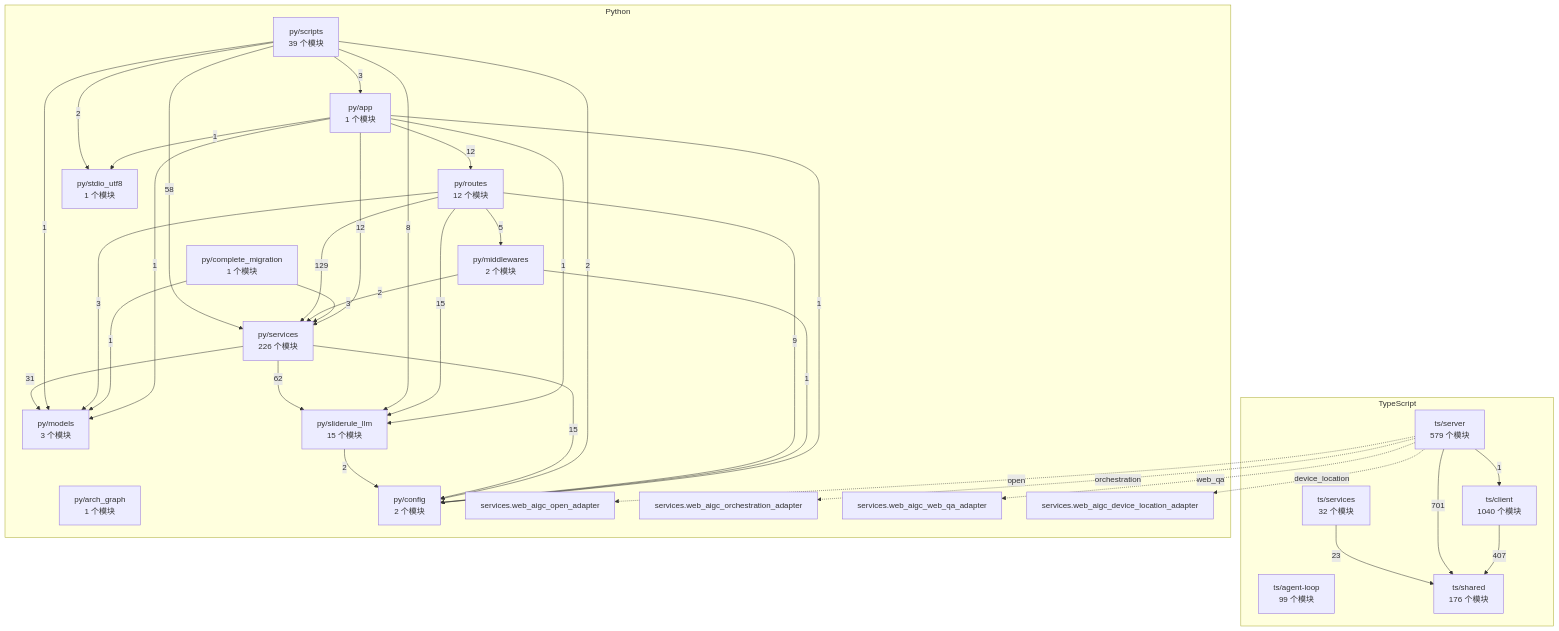
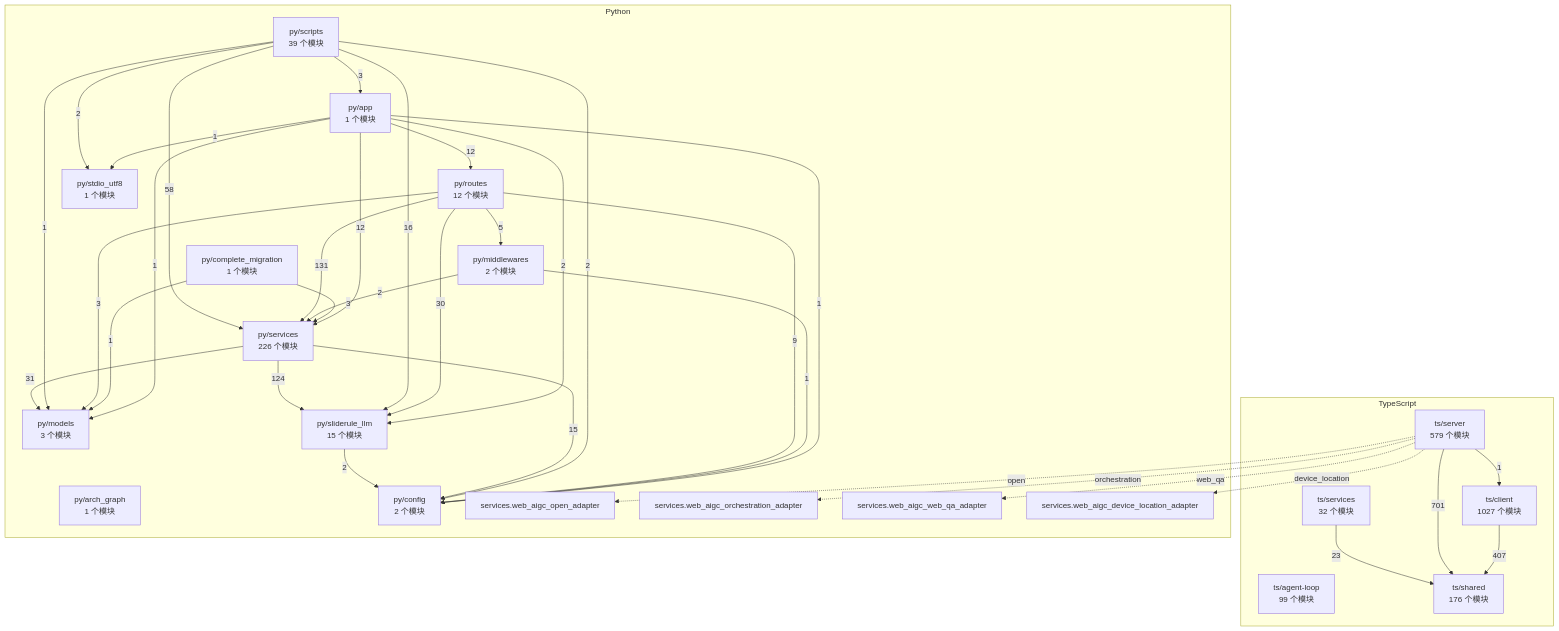
One commit to 2686521696/WhyBuddy changed the diagram in docs/WhyBuddy 全仓架构图（自动生成）.md. Above: the diagram before and after it, drawn with Mermaid. The commit also changed 13 other files, not shown here.

First line of the commit message:
fix(architecture): validate complete dependency graphs and regenerate docs

````diff
--- a/docs/WhyBuddy 全仓架构图（自动生成）.md
+++ b/docs/WhyBuddy 全仓架构图（自动生成）.md
@@ -14,60 +14,60 @@
 ```mermaid
 flowchart TB
   subgraph ts [TypeScript]
     ts_agent_loop["ts/agent-loop<br/>99 个模块"]
-    ts_client["ts/client<br/>1040 个模块"]
+    ts_client["ts/client<br/>1027 个模块"]
     ts_server["ts/server<br/>579 个模块"]
     ts_services["ts/services<br/>32 个模块"]
     ts_shared["ts/shared<br/>176 个模块"]
   end
   subgraph py [Python]
     py_app["py/app<br/>1 个模块"]
     py_arch_graph["py/arch_graph<br/>1 个模块"]
     py_complete_migration["py/complete_migration<br/>1 个模块"]
     py_config["py/config<br/>2 个模块"]
     py_middlewares["py/middlewares<br/>2 个模块"]
     py_models["py/models<br/>3 个模块"]
     py_routes["py/routes<br/>12 个模块"]
     py_scripts["py/scripts<br/>39 个模块"]
     py_services["py/services<br/>226 个模块"]
     py_sliderule_llm["py/sliderule_llm<br/>15 个模块"]
     py_stdio_utf8["py/stdio_utf8<br/>1 个模块"]
     py_services_web_aigc_open_adapter["services.web_aigc_open_adapter"]
     py_services_web_aigc_orchestration_adapter["services.web_aigc_orchestration_adapter"]
     py_services_web_aigc_web_qa_adapter["services.web_aigc_web_qa_adapter"]
     py_services_web_aigc_device_location_adapter["services.web_aigc_device_location_adapter"]
   end
   ts_client -->|407| ts_shared
   ts_server -->|1| ts_client
   ts_server -->|701| ts_shared
   ts_services -->|23| ts_shared
   py_app -->|1| py_config
   py_app -->|1| py_models
   py_app -->|12| py_routes
   py_app -->|12| py_services
-  py_app -->|1| py_sliderule_llm
+  py_app -->|2| py_sliderule_llm
   py_app -->|1| py_stdio_utf8
   py_complete_migration -->|1| py_models
   py_complete_migration -->|3| py_services
   py_middlewares -->|1| py_config
   py_middlewares -->|2| py_services
   py_routes -->|9| py_config
   py_routes -->|5| py_middlewares
   py_routes -->|3| py_models
-  py_routes -->|129| py_services
-  py_routes -->|15| py_sliderule_llm
+  py_routes -->|131| py_services
+  py_routes -->|30| py_sliderule_llm
   py_scripts -->|3| py_app
   py_scripts -->|2| py_config
   py_scripts -->|1| py_models
   py_scripts -->|58| py_services
-  py_scripts -->|8| py_sliderule_llm
+  py_scripts -->|16| py_sliderule_llm
   py_scripts -->|2| py_stdio_utf8
   py_services -->|15| py_config
   py_services -->|31| py_models
-  py_services -->|62| py_sliderule_llm
+  py_services -->|124| py_sliderule_llm
   py_sliderule_llm -->|2| py_config
   ts_server -.->|open| py_services_web_aigc_open_adapter
   ts_server -.->|orchestration| py_services_web_aigc_orchestration_adapter
   ts_server -.->|web_qa| py_services_web_aigc_web_qa_adapter
   ts_server -.->|device_location| py_services_web_aigc_device_location_adapter
 ```
````
